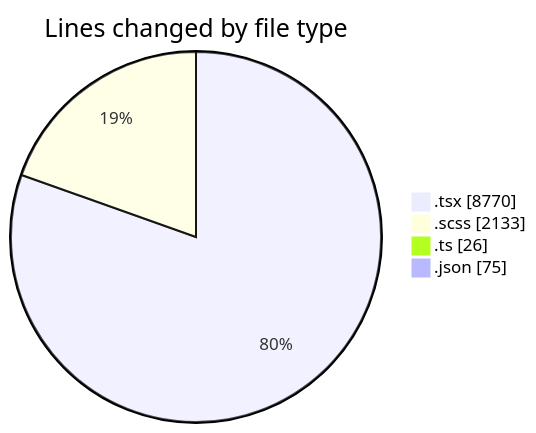
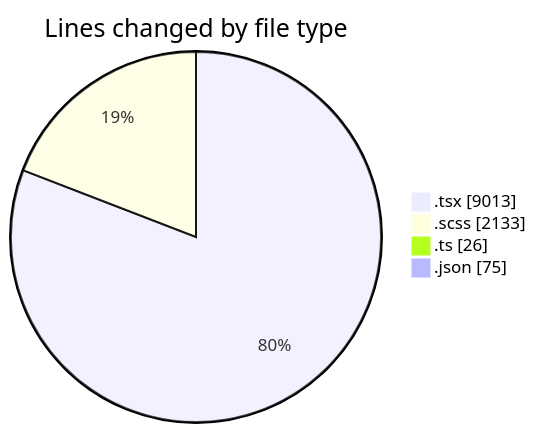
One commit to momahboobian/code-tracking changed the first of 2 diagrams in 2025-04-09/cda/README.md. Above: the diagram before and after it, drawn with Mermaid. The commit also changed other lines of this file and 1 other file, not shown here.

````diff
--- a/2025-04-09/cda/README.md
+++ b/2025-04-09/cda/README.md
@@ -51,8 +52,8 @@
 ```mermaid
 pie showData
 title Lines changed by file type
-".tsx" : 8770
+".tsx" : 9013
 ".scss" : 2133
 ".ts" : 26
 ".json" : 75
 ```
````
